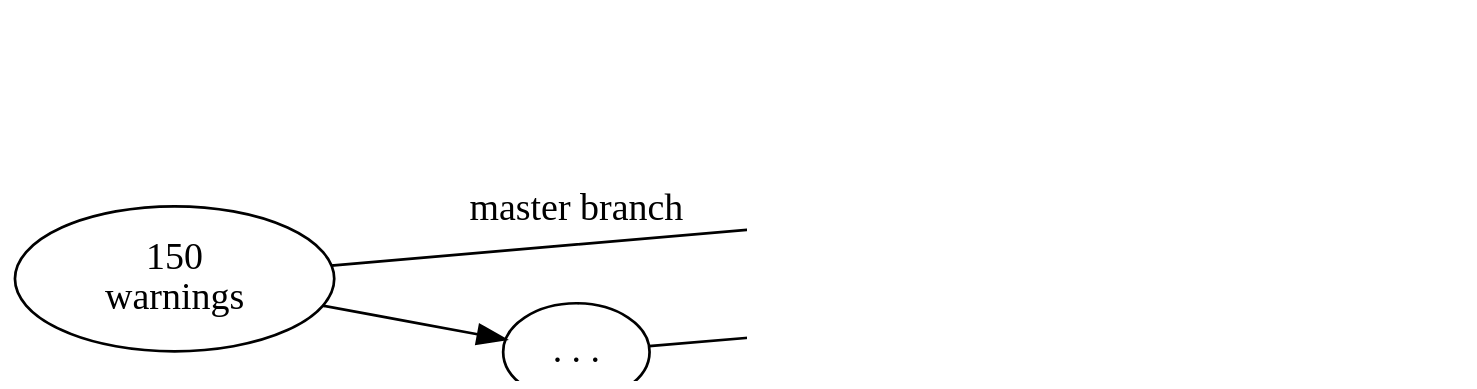
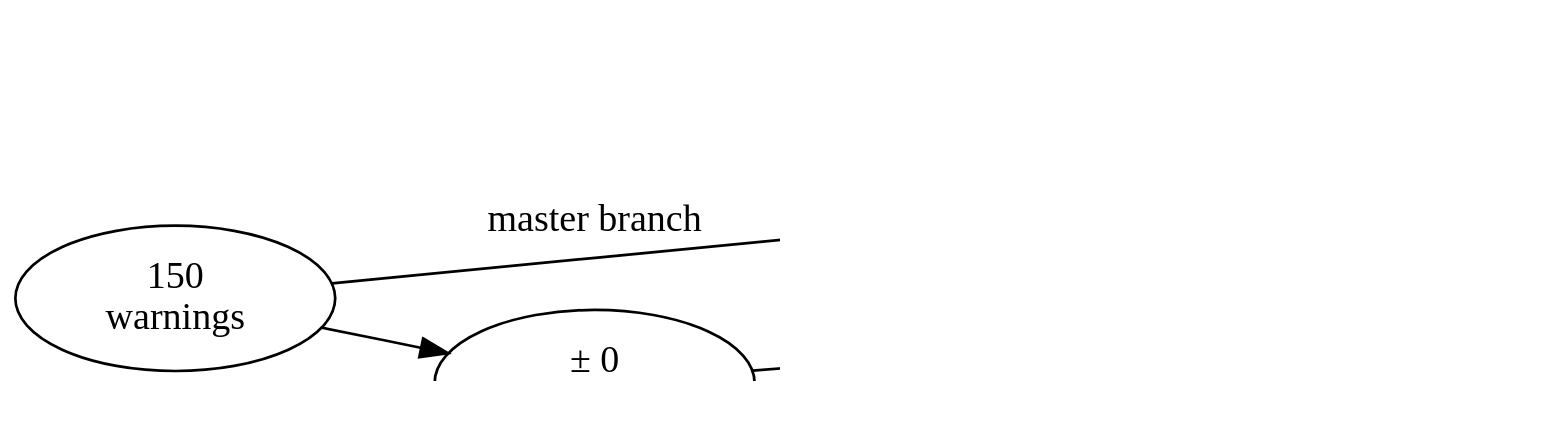
The fifth of 5 diagrams in src/main/asciidoc/csa.adoc (inponomarev/csa), drawn with Graphviz before and after one commit. The commit also changed other lines of this file and 1 other file, not shown here.

Commit message:
better git graphs

```diff
--- a/src/main/asciidoc/csa.adoc
+++ b/src/main/asciidoc/csa.adoc
@@ -395,26 +428,26 @@
 [graphviz, "unstable-update.png"]
 -----
 digraph G {
   rankdir="LR";
   graph [ dpi = 150 ];
   
   u -> r0;
-  u[shape=plaintext; label="linter update"]
+  u[shape=plaintext; label="linter update\n+ 13 warnings"]
   r0[shape=point, width = 0]
   r1 -> r0[ arrowhead = none, label="master branch" ];
   
   
   
   r0-> r2 [];
   b1 -> b4;
   
   r1->b1
   r1[label="150\nwarnings"]
-  b1[label=". . ."]
+  b1[label="± 0\nwarnings"]
   
-  b4[label=". . ."]
+  b4[label="± 0\nwarnings"]
   b4->r2
-  r2[label="153\nwarnings", color="red", xlabel=<<font color="red">merge blocked</font>>]
+  r2[label="163\nwarnings", color="red", xlabel=<<font color="red">merge blocked</font>>]
   {rank = same; u; r0; b4;}
 }
 -----
```
